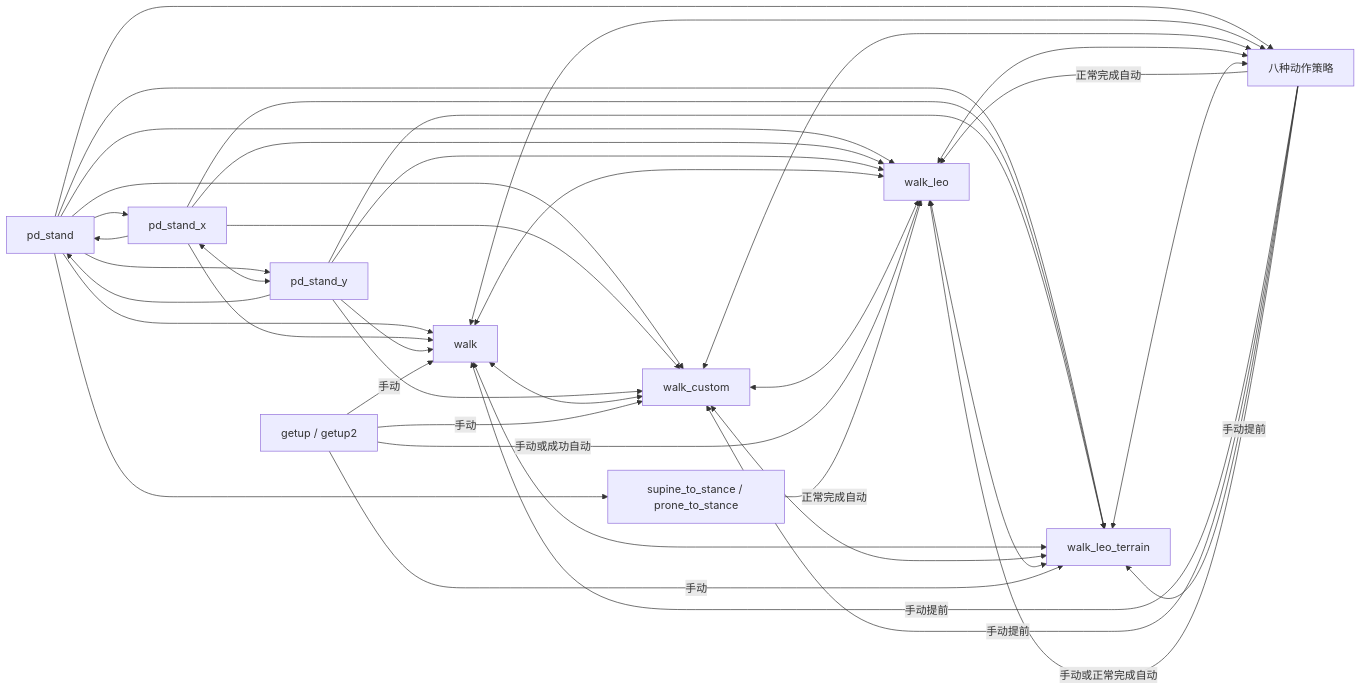
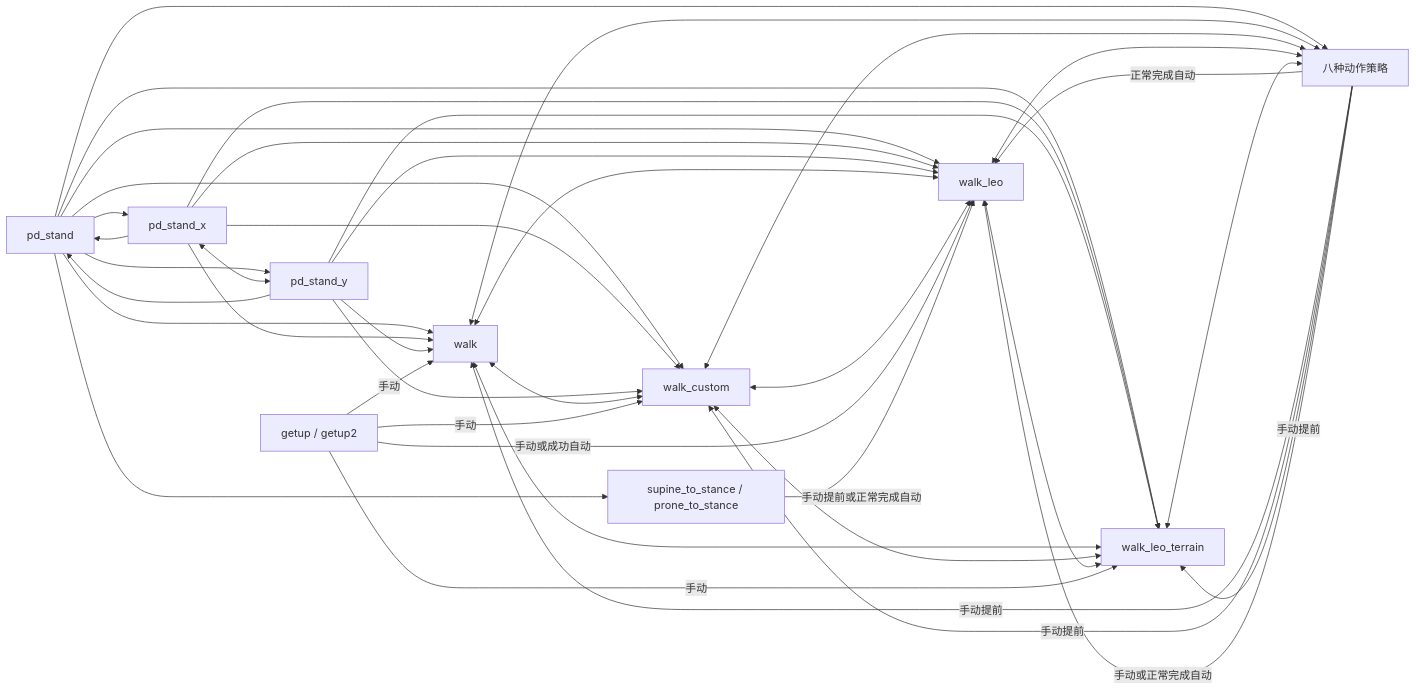
The diagram in docs/t800_motion_transition.md (weishuai-oos/engineai_robotics_native_sdk), drawn with Mermaid before and after one commit. The commit also changed other lines of this file and 6 other files, not shown here.

````diff
--- a/docs/t800_motion_transition.md
+++ b/docs/t800_motion_transition.md
@@ -50,56 +51,56 @@
 ```mermaid
 flowchart LR
   PD[pd_stand]
   W1[walk]
   W2[walk_custom]
   W3[walk_leo]
   W4[walk_leo_terrain]
   PX[pd_stand_x]
   PY[pd_stand_y]
   A[八种动作策略]
   S[supine_to_stance / prone_to_stance]
   G[getup / getup2]
 
   PD --> W1
   PD --> W2
   PD --> W3
   PD --> W4
   PD --> A
   PD --> S
   PD --> PX
   PD --> PY
 
   PX <--> PY
   PX --> PD
   PY --> PD
   PX --> W1
   PX --> W2
   PX --> W3
   PX --> W4
   PY --> W1
   PY --> W2
   PY --> W3
   PY --> W4
 
   W1 <--> W2
   W1 <--> W3
   W1 <--> W4
   W2 <--> W3
   W2 <--> W4
   W3 <--> W4
   W1 <--> A
   W2 <--> A
   W3 <--> A
   W4 <--> A
 
   G -->|手动| W1
   G -->|手动| W2
   G -->|手动| W4
   G -->|手动或成功自动| W3
   A -->|正常完成自动| W3
-  S -->|正常完成自动| W3
+  S -->|手动提前或正常完成自动| W3
   A -->|手动提前| W1
   A -->|手动提前| W2
   A -->|手动提前| W4
   A -->|手动或正常完成自动| W3
 ```
````
